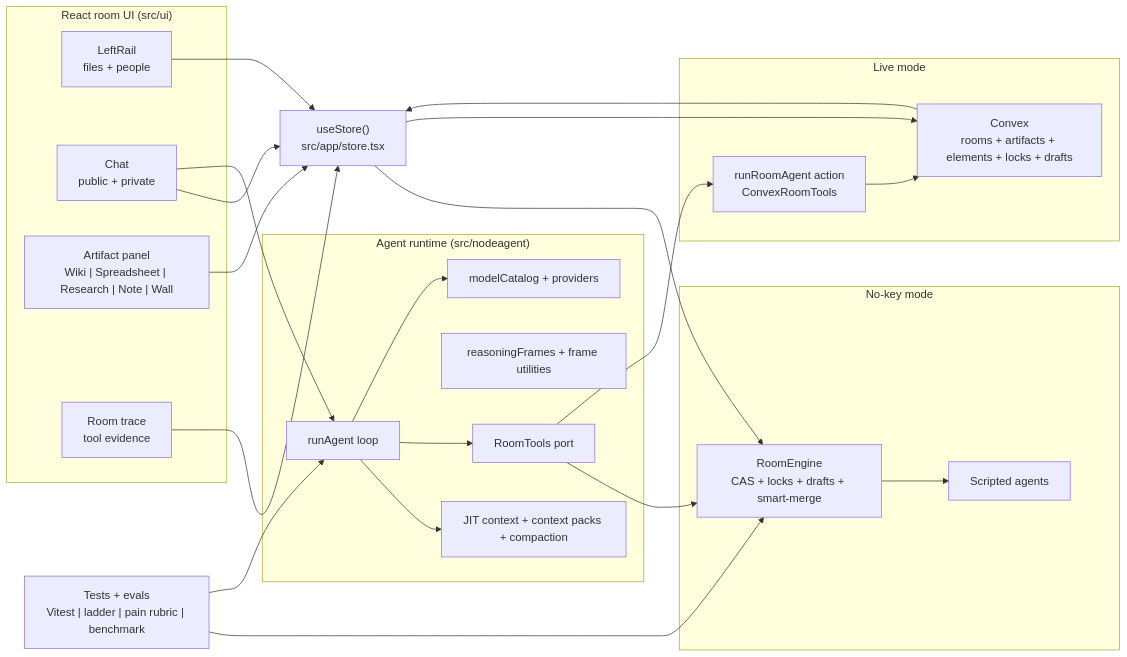
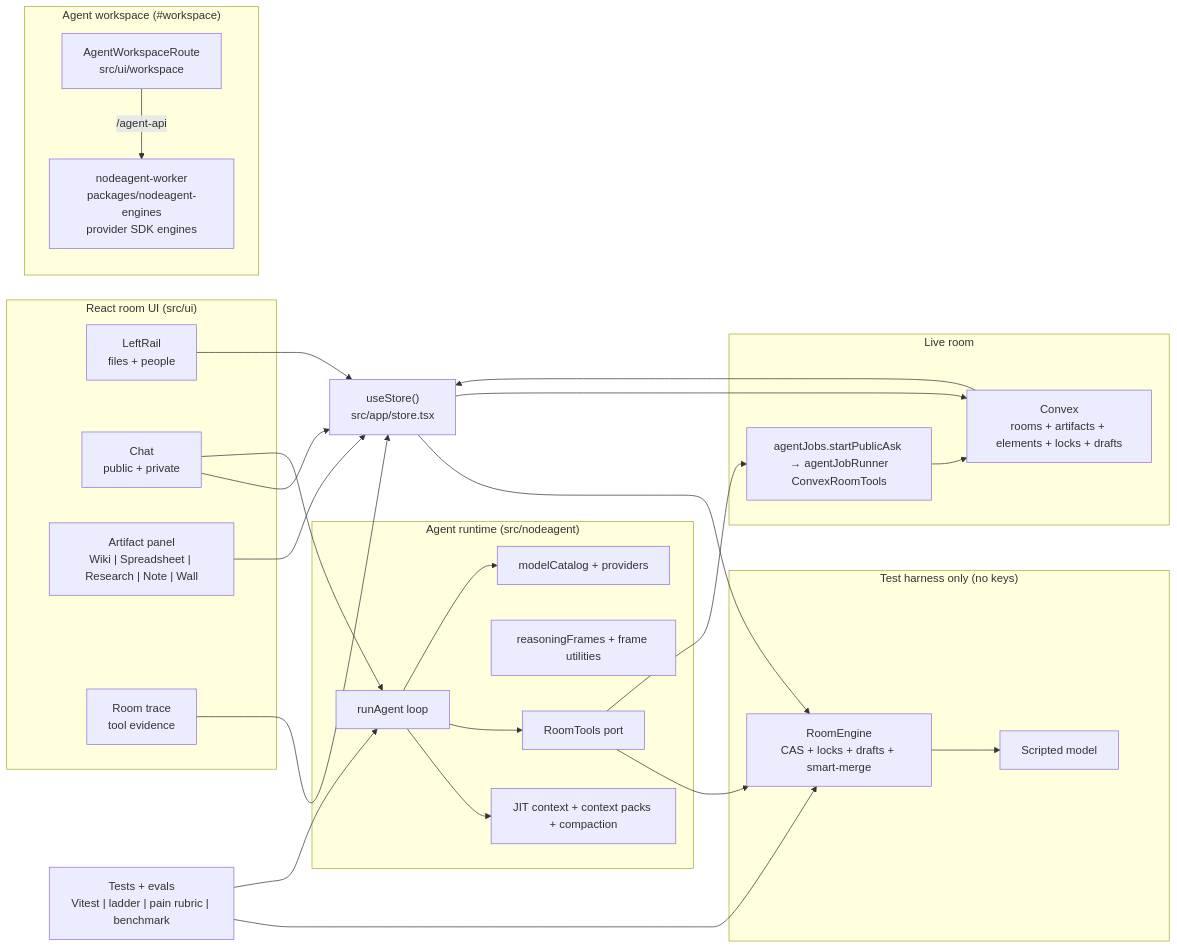
Before and after one commit to HomenShum/NodeRoom: the third of 5 diagrams in README.md, drawn with Mermaid. The commit also changed other lines of this file and 84 other files, not shown here.

First line of the commit message:
docs(cleanup): point agents at #workspace, drop memory-mode framing and stale docs

````diff
--- a/README.md
+++ b/README.md
@@ -1653,49 +1659,55 @@
 ```mermaid
 flowchart LR
   subgraph Client["React room UI (src/ui)"]
     LeftRail["LeftRail<br/>files + people"]
     Chat["Chat<br/>public + private"]
     ArtifactPanel["Artifact panel<br/>Wiki | Spreadsheet | Research | Note | Wall"]
     Trace["Room trace<br/>tool evidence"]
   end
 
   Store["useStore()<br/>src/app/store.tsx"]
 
-  subgraph MemoryMode["No-key mode"]
-    RoomEngine["RoomEngine<br/>CAS + locks + drafts + smart-merge"]
-    ScriptedAgents["Scripted agents"]
+  subgraph Workspace["Agent workspace (#workspace)"]
+    WorkspaceUI["AgentWorkspaceRoute<br/>src/ui/workspace"]
+    Worker["nodeagent-worker<br/>packages/nodeagent-engines<br/>provider SDK engines"]
   end
 
-  subgraph LiveMode["Live mode"]
+  subgraph LiveMode["Live room"]
     Convex["Convex<br/>rooms + artifacts + elements + locks + drafts"]
-    AgentAction["runRoomAgent action<br/>ConvexRoomTools"]
+    AgentAction["agentJobs.startPublicAsk → agentJobRunner<br/>ConvexRoomTools"]
+  end
+
+  subgraph TestHarness["Test harness only (no keys)"]
+    RoomEngine["RoomEngine<br/>CAS + locks + drafts + smart-merge"]
+    ScriptedModel["Scripted model"]
   end
 
   subgraph AgentRuntime["Agent runtime (src/nodeagent)"]
     Loop["runAgent loop"]
     Context["JIT context + context packs + compaction"]
     Frames["reasoningFrames + frame utilities"]
     Tools["RoomTools port"]
     Models["modelCatalog + providers"]
   end
 
   Evals["Tests + evals<br/>Vitest | ladder | pain rubric | benchmark"]
 
   LeftRail --> Store
   Chat --> Store
   ArtifactPanel --> Store
   Trace --> Store
   Store --> RoomEngine
   Store --> Convex
-  RoomEngine --> ScriptedAgents
+  RoomEngine --> ScriptedModel
+  WorkspaceUI -->|/agent-api| Worker
   Chat --> Loop
   Loop --> Context
   Loop --> Tools
   Loop --> Models
   Tools --> RoomEngine
   Tools --> AgentAction
   AgentAction --> Convex
   Convex --> Store
   Evals --> RoomEngine
   Evals --> Loop
 ```
````
